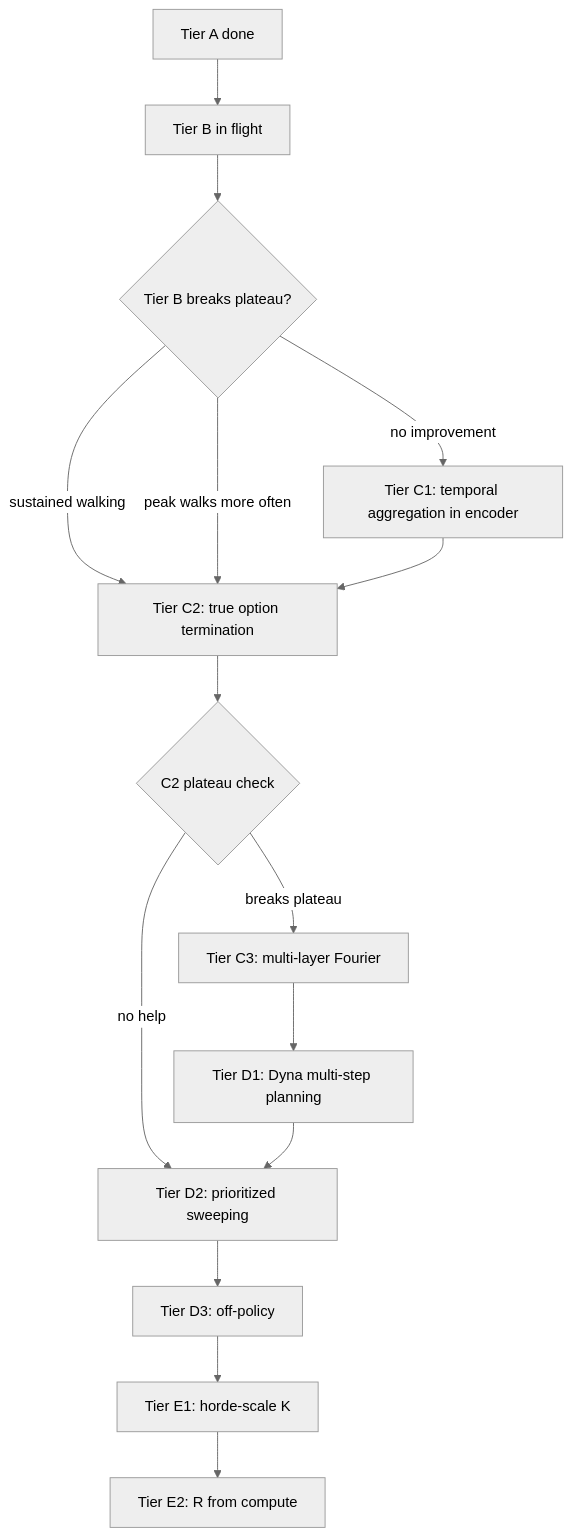
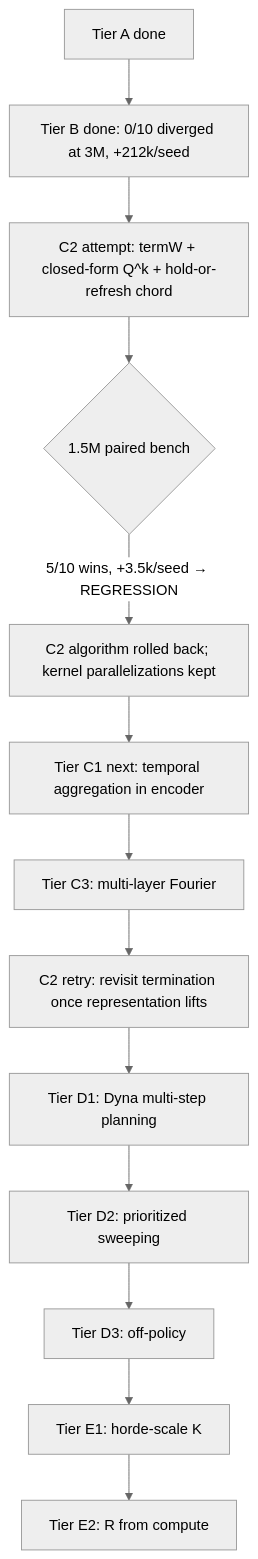
Before and after one commit to michaelDinelle/AlbertaPlanOaK: the diagram in docs/roadmap.md, drawn with Mermaid (neutral theme). The commit also changed other lines of this file and 5 other files, not shown here.

````diff
--- a/docs/roadmap.md
+++ b/docs/roadmap.md
@@ -179,17 +208,15 @@
 ```mermaid
 flowchart TD
-    A[Tier A done] --> B[Tier B in flight]
-    B --> Bcheck{Tier B breaks plateau?}
-    Bcheck -->|sustained walking| C2[Tier C2: true option termination]
-    Bcheck -->|peak walks more often| C2
-    Bcheck -->|no improvement| C1[Tier C1: temporal aggregation in encoder]
-    C1 --> C2
-    C2 --> Ccheck{C2 plateau check}
-    Ccheck -->|breaks plateau| C3[Tier C3: multi-layer Fourier]
-    Ccheck -->|no help| D2[Tier D2: prioritized sweeping]
-    C3 --> D1[Tier D1: Dyna multi-step planning]
-    D1 --> D2
+    A[Tier A done] --> B[Tier B done: 0/10 diverged at 3M, +212k/seed]
+    B --> C2att[C2 attempt: termW + closed-form Q^k + hold-or-refresh chord]
+    C2att --> C2check{1.5M paired bench}
+    C2check -->|5/10 wins, +3.5k/seed → REGRESSION| C2roll[C2 algorithm rolled back; kernel parallelizations kept]
+    C2roll --> C1[Tier C1 next: temporal aggregation in encoder]
+    C1 --> C3[Tier C3: multi-layer Fourier]
+    C3 --> C2re[C2 retry: revisit termination once representation lifts]
+    C2re --> D1[Tier D1: Dyna multi-step planning]
+    D1 --> D2[Tier D2: prioritized sweeping]
     D2 --> D3[Tier D3: off-policy]
     D3 --> E1[Tier E1: horde-scale K]
     E1 --> E2[Tier E2: R from compute]
 ```
````
